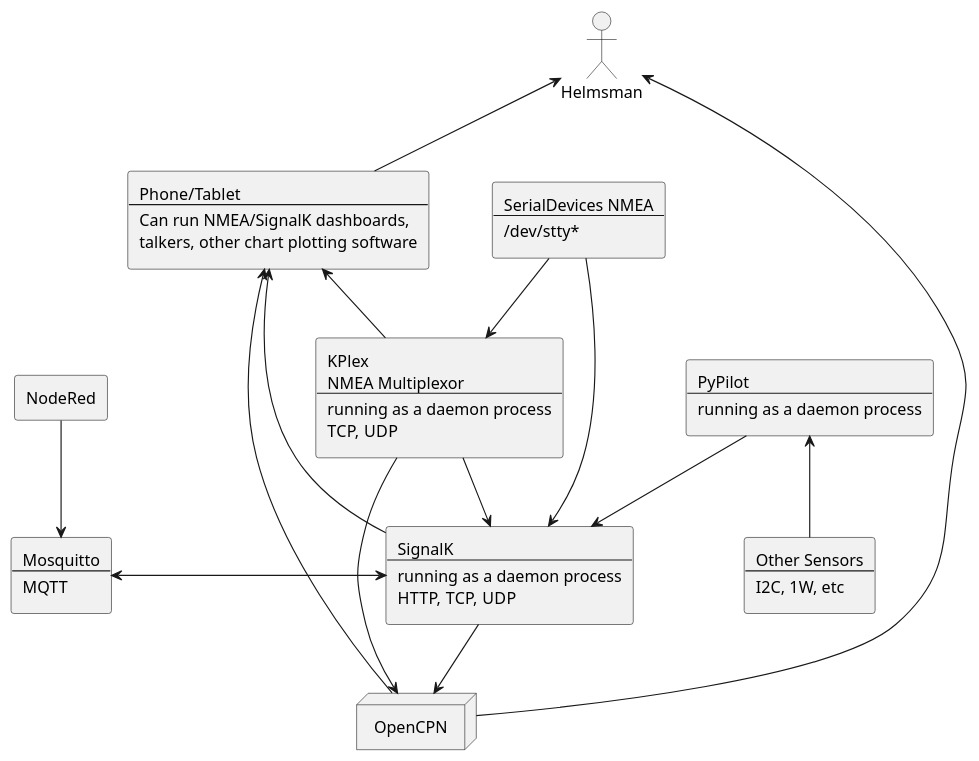
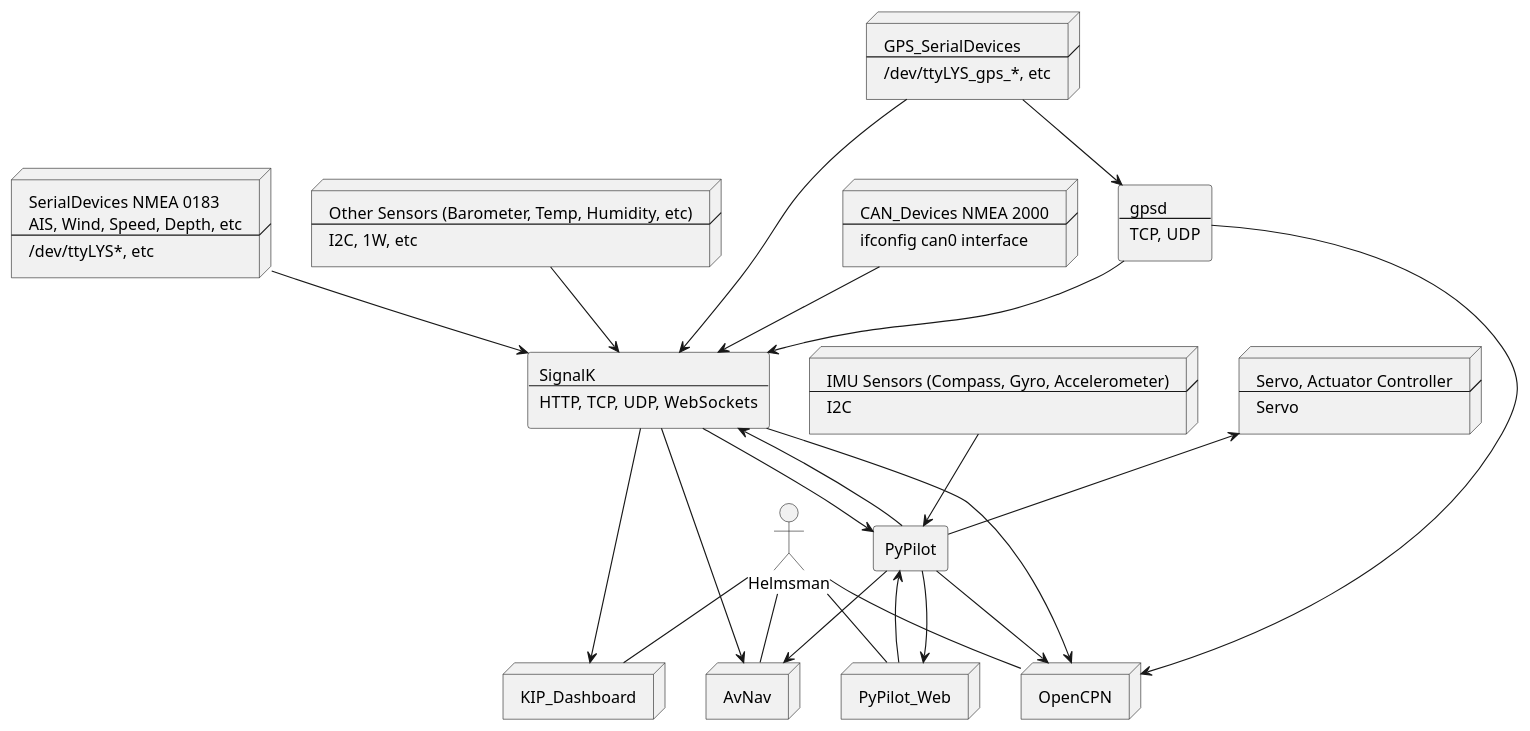
The diagram in docs/plantuml/bbn-os-data-flow.puml (bareboat-necessities/my-bareboat), drawn with PlantUML before and after one commit. The commit also changed 2 other files, not shown here.

```diff
--- a/docs/plantuml/bbn-os-data-flow.puml
+++ b/docs/plantuml/bbn-os-data-flow.puml
@@ -1,64 +1,87 @@
 @startuml
 actor Helmsman [
  Helmsman
 ]
-agent MobileDevice [
- Phone/Tablet
- ----
- Can run NMEA/SignalK dashboards,
- talkers, other chart plotting software
-]
 node OpenCPN [
  OpenCPN
 ]
-rectangle KPlex [
- KPlex
- NMEA Multiplexor
+node AvNav [
+ AvNav
+]
+node PyPilot_Web [
+ PyPilot_Web
+]
+node KIP_Dashboard [
+ KIP_Dashboard
+]
+rectangle gpsd [
+ gpsd
  ----
- running as a daemon process
  TCP, UDP
 ]
 rectangle SignalK [
  SignalK
  ----
- running as a daemon process
- HTTP, TCP, UDP
+ HTTP, TCP, UDP, WebSockets
 ]
 rectangle PyPilot [
  PyPilot
+]
+node GPS_SerialDevices [
+ GPS_SerialDevices
  ----
- running as a daemon process
+ /dev/ttyLYS_gps_*, etc
 ]
-rectangle SerialDevices [
- SerialDevices NMEA
+node CanBus_Devices [
+ CAN_Devices NMEA 2000
  ----
- /dev/stty*
+ ifconfig can0 interface
 ]
-rectangle OtherSensors [
- Other Sensors
+node SerialDevices [
+ SerialDevices NMEA 0183
+ AIS, Wind, Speed, Depth, etc
+ ----
+ /dev/ttyLYS*, etc
+]
+node OtherSensors [
+ Other Sensors (Barometer, Temp, Humidity, etc)
  ----
  I2C, 1W, etc
 ]
-rectangle Mosquitto [
- Mosquitto
+node IMU [
+ IMU Sensors (Compass, Gyro, Accelerometer)
  ----
- MQTT
+ I2C
 ]
-rectangle NodeRed [
- NodeRed
+node Servo [
+ Servo, Actuator Controller
+ ----
+ Servo
 ]
-Helmsman <-- OpenCPN
-Helmsman <-- MobileDevice
-MobileDevice <-- OpenCPN
-MobileDevice <-- SignalK
-MobileDevice <-- KPlex
-KPlex --> OpenCPN
-KPlex --> SignalK
-PyPilot <-- OtherSensors
+
+GPS_SerialDevices --> gpsd
+GPS_SerialDevices --> SignalK
+SerialDevices --> SignalK
+CanBus_Devices --> SignalK
+OtherSensors --> SignalK
+IMU --> PyPilot
+Servo <-- PyPilot
+gpsd --> SignalK
+gpsd --> OpenCPN
+PyPilot --> OpenCPN
+PyPilot --> AvNav
+PyPilot --> SignalK
 SignalK --> OpenCPN
-SerialDevices --> SignalK
-SerialDevices --> KPlex
-PyPilot --> SignalK
-Mosquitto <-> SignalK
-NodeRed --> Mosquitto
+SignalK --> PyPilot
+SignalK --> AvNav
+SignalK --> KIP_Dashboard
+
+PyPilot <-- PyPilot_Web
+PyPilot --> PyPilot_Web
+
+Helmsman -- PyPilot_Web
+Helmsman -- OpenCPN
+Helmsman -- AvNav
+Helmsman -- KIP_Dashboard
+
 @enduml
```
